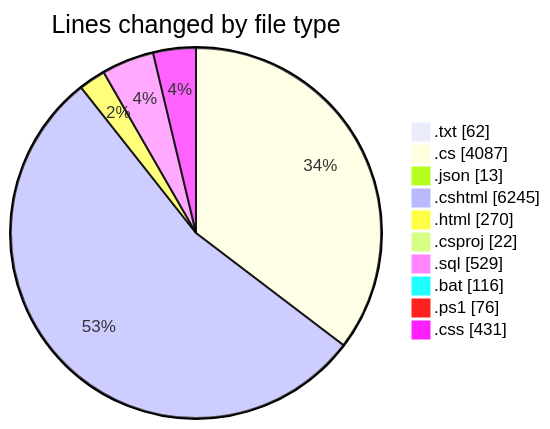
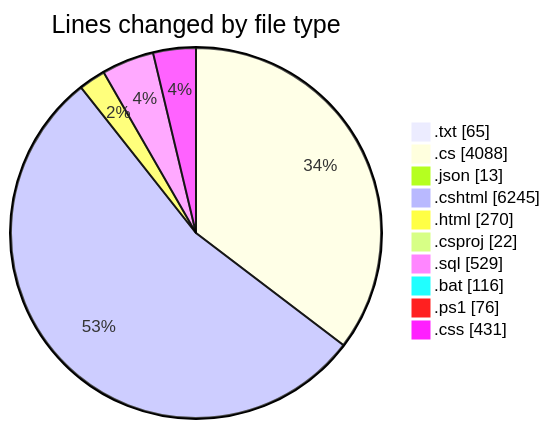
The first of 2 diagrams in 2025-07-27/quanlyrapchieuphim-1/README.md (lephambinh05/code-tracking), drawn with Mermaid before and after one commit. The commit also changed other lines of this file and 1 other file, not shown here.

````diff
--- a/2025-07-27/quanlyrapchieuphim-1/README.md
+++ b/2025-07-27/quanlyrapchieuphim-1/README.md
@@ -61,14 +61,14 @@
 ```mermaid
 pie showData
 title Lines changed by file type
-".txt" : 62
-".cs" : 4087
+".txt" : 65
+".cs" : 4088
 ".json" : 13
 ".cshtml" : 6245
 ".html" : 270
 ".csproj" : 22
 ".sql" : 529
 ".bat" : 116
 ".ps1" : 76
 ".css" : 431
 ```
````
